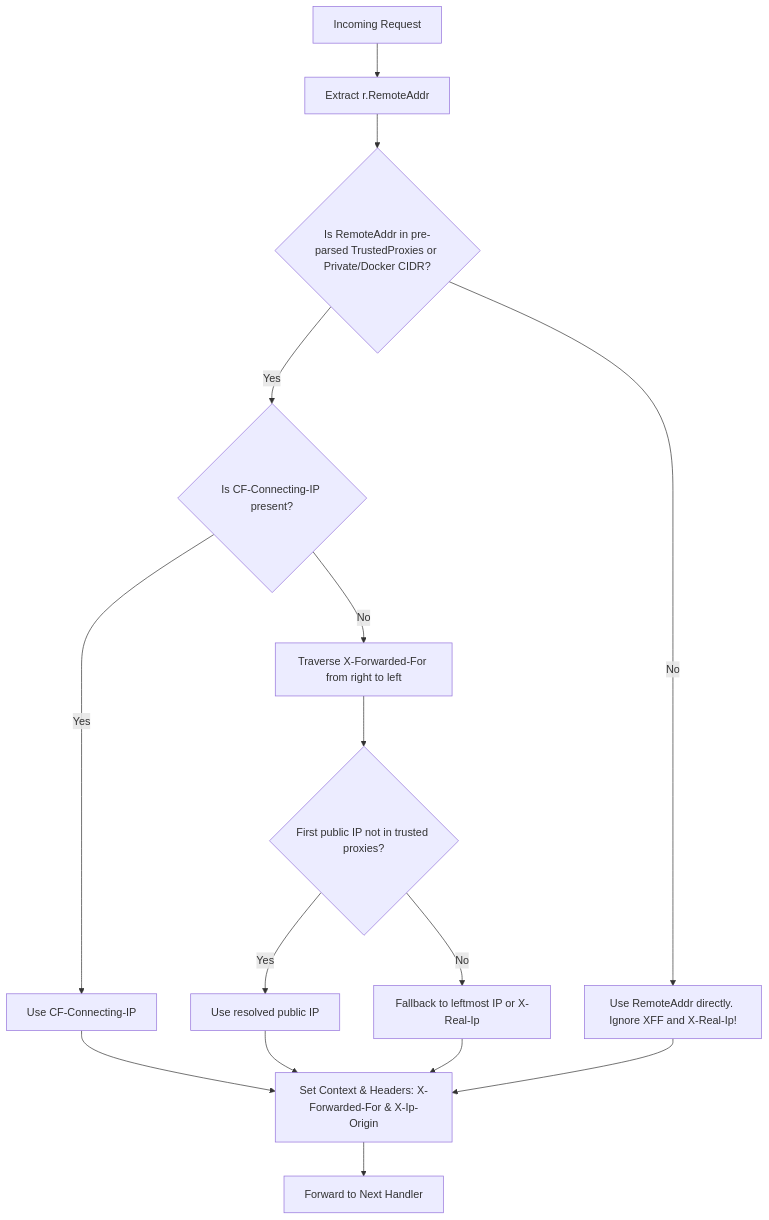
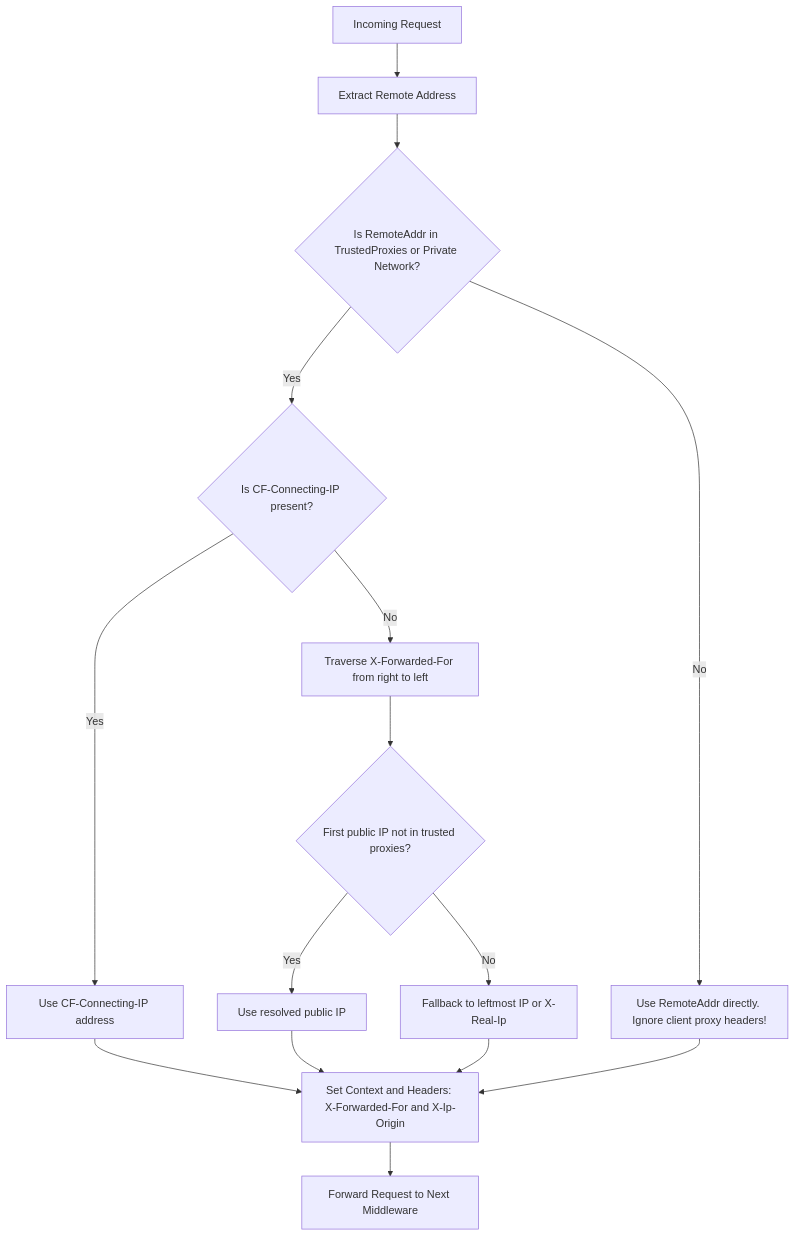
The fourth of 5 diagrams in docs/ARCHITECTURE.md (Jkenyut/nvx-go-middleware), drawn with Mermaid before and after one commit. The commit also changed other lines of this file and 12 other files, not shown here.

Commit message:
feat: add telemetry, concurrent log saving, websocket origin checks, and improve middleware resiliency

````diff
--- a/docs/ARCHITECTURE.md
+++ b/docs/ARCHITECTURE.md
@@ -180,21 +200,21 @@
 ```mermaid
 flowchart TD
-    Start[Incoming Request] --> GetRemote[Extract r.RemoteAddr]
-    GetRemote --> CheckTrust{Is RemoteAddr in pre-parsed TrustedProxies or Private/Docker CIDR?}
+    Start["Incoming Request"] --> GetRemote["Extract Remote Address"]
+    GetRemote --> CheckTrust{"Is RemoteAddr in TrustedProxies or Private Network?"}
     
-    CheckTrust -- No --> Untrusted[Use RemoteAddr directly. Ignore XFF and X-Real-Ip!]
-    CheckTrust -- Yes --> CheckCF{Is CF-Connecting-IP present?}
+    CheckTrust -- No --> Untrusted["Use RemoteAddr directly. Ignore client proxy headers!"]
+    CheckTrust -- Yes --> CheckCF{"Is CF-Connecting-IP present?"}
     
-    CheckCF -- Yes --> SetCF[Use CF-Connecting-IP]
-    CheckCF -- No --> LoopXFF[Traverse X-Forwarded-For from right to left]
+    CheckCF -- Yes --> SetCF["Use CF-Connecting-IP address"]
+    CheckCF -- No --> LoopXFF["Traverse X-Forwarded-For from right to left"]
     
-    LoopXFF --> FoundPublic{First public IP not in trusted proxies?}
-    FoundPublic -- Yes --> SetPublic[Use resolved public IP]
-    FoundPublic -- No --> Fallback[Fallback to leftmost IP or X-Real-Ip]
+    LoopXFF --> FoundPublic{"First public IP not in trusted proxies?"}
+    FoundPublic -- Yes --> SetPublic["Use resolved public IP"]
+    FoundPublic -- No --> Fallback["Fallback to leftmost IP or X-Real-Ip"]
     
-    SetCF --> Apply[Set Context & Headers: X-Forwarded-For & X-Ip-Origin]
+    SetCF --> Apply["Set Context and Headers: X-Forwarded-For and X-Ip-Origin"]
     SetPublic --> Apply
     Fallback --> Apply
     Untrusted --> Apply
-    Apply --> End[Forward to Next Handler]
+    Apply --> End["Forward Request to Next Middleware"]
 ```
````
